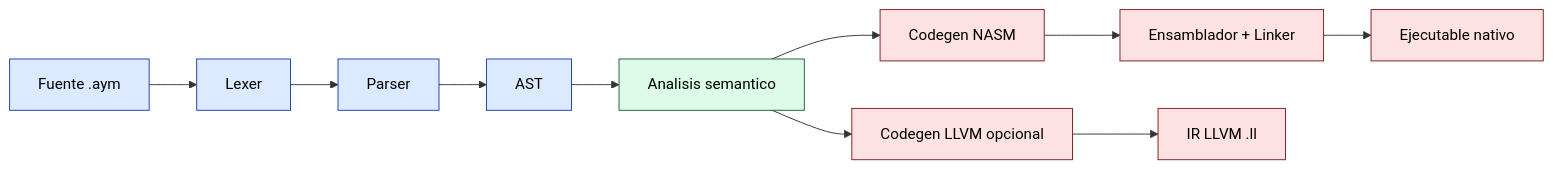
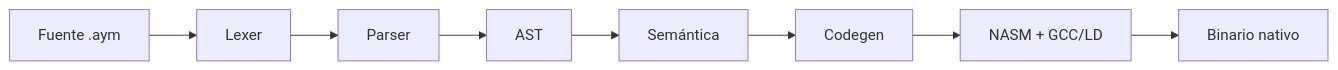
Before and after one commit to jhulio435m/aymaraLang: the diagram in docs/arquitectura.md, drawn with Mermaid. The commit also changed other lines of this file and 221 other files, not shown here.

````diff
--- a/docs/arquitectura.md
+++ b/docs/arquitectura.md
@@ -7,20 +5,10 @@
 ```mermaid
 flowchart LR
-classDef front fill:#dbeafe,stroke:#1e40af,color:#000;
-classDef middle fill:#dcfce7,stroke:#166534,color:#000;
-classDef back fill:#fee2e2,stroke:#7f1d1d,color:#000;
-
-A[Fuente .aym] --> B[Lexer]
-B --> C[Parser]
-C --> D[AST]
-D --> E[Analisis semantico]
-E --> F[Codegen NASM]
-F --> G[Ensamblador + Linker]
-G --> H[Ejecutable nativo]
-E --> I[Codegen LLVM opcional]
-I --> J[IR LLVM .ll]
-
-class A,B,C,D front
-class E middle
-class F,G,H,I,J back
+    A[Fuente .aym] --> B[Lexer]
+    B --> C[Parser]
+    C --> D[AST]
+    D --> E[Semántica]
+    E --> F[Codegen]
+    F --> G[NASM + GCC/LD]
+    G --> H[Binario nativo]
 ```
````
